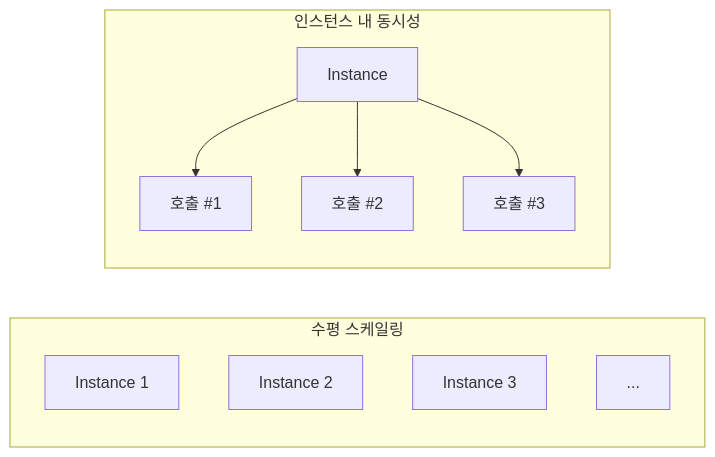
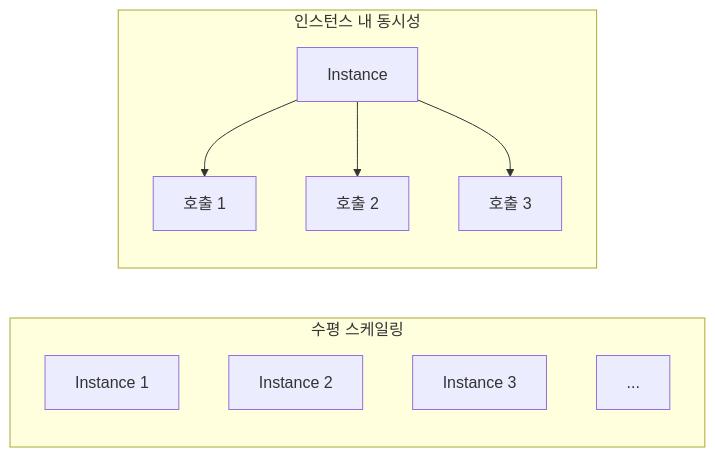
Before and after one commit to yeongseon-books/book-content: the first of 4 diagrams in azure-functions-101/ko/06-scaling-and-cold-start.md, drawn with Mermaid. The commit also changed other lines of this file and 42 other files, not shown here.

First line of the commit message:
fix: 오라클 리뷰 반영 — Functions 101/Deep Dive 사실관계·톤·다이어그램 정리, App Service 101 ko/en 재구조화

````diff
--- a/azure-functions-101/ko/06-scaling-and-cold-start.md
+++ b/azure-functions-101/ko/06-scaling-and-cold-start.md
@@ -18,16 +18,16 @@
 ```mermaid
 flowchart LR
     subgraph ScaleOut [수평 스케일링]
         I1[Instance 1]
         I2[Instance 2]
         I3[Instance 3]
         Idot[...]
     end
 
     subgraph Concurrency [인스턴스 내 동시성]
         Inst[Instance]
-        Inst --> C1[호출 #1]
-        Inst --> C2[호출 #2]
-        Inst --> C3[호출 #3]
+        Inst --> C1[호출 1]
+        Inst --> C2[호출 2]
+        Inst --> C3[호출 3]
     end
 ```
````
